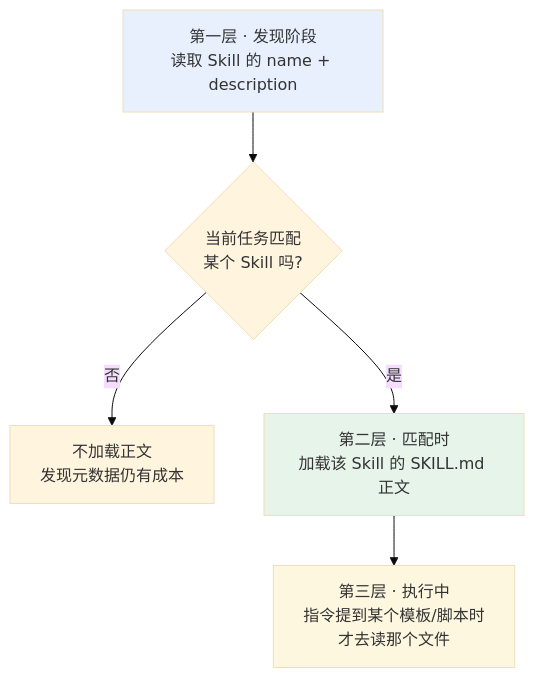
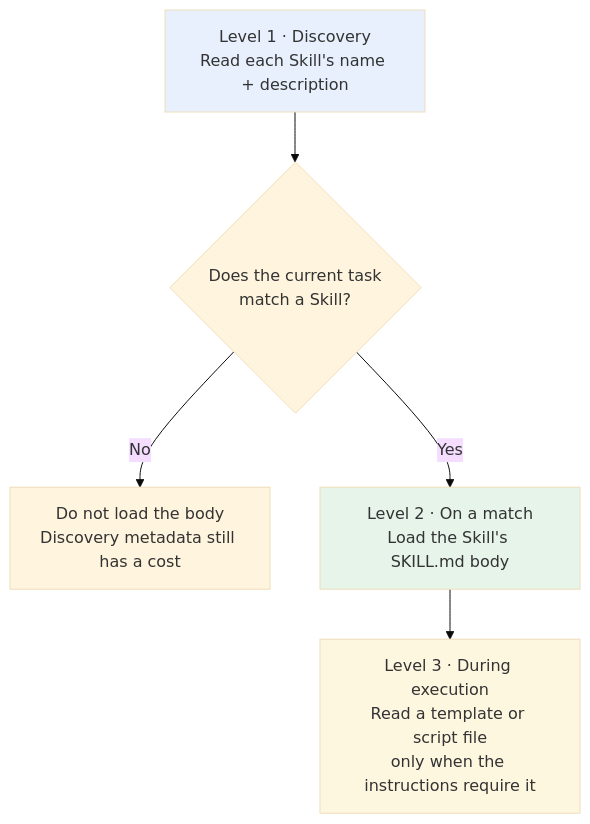
Before and after one commit to oneleaveknowsthefall/awesome-ai-roadmap: the first of 2 diagrams in docs/tools/03-skills/08-what-is-skill.md, drawn with Mermaid (base theme). The commit also changed other lines of this file and 42 other files, not shown here.

````diff
--- a/docs/tools/03-skills/08-what-is-skill.md
+++ b/docs/tools/03-skills/08-what-is-skill.md
@@ -78,12 +80,12 @@
 ```mermaid
 flowchart TB
-    L1["第一层 · 发现阶段<br/>读取 Skill 的 name + description"]
-    L1 --> Q{"当前任务匹配<br/>某个 Skill 吗?"}
-    Q -->|否| SKIP["不加载正文<br/>发现元数据仍有成本"]
-    Q -->|是| L2["第二层 · 匹配时<br/>加载该 Skill 的 SKILL.md 正文"]
-    L2 --> L3["第三层 · 执行中<br/>指令提到某个模板/脚本时<br/>才去读那个文件"]
+    L1["Level 1 · Discovery<br/>Read each Skill's name + description"]
+    L1 --> Q{"Does the current task<br/>match a Skill?"}
+    Q -->|No| SKIP["Do not load the body<br/>Discovery metadata still has a cost"]
+    Q -->|Yes| L2["Level 2 · On a match<br/>Load the Skill's SKILL.md body"]
+    L2 --> L3["Level 3 · During execution<br/>Read a template or script file<br/>only when the instructions require it"]
 
     style L1 fill:#e8f0fe
     style L2 fill:#e6f4ea
     style L3 fill:#fef7e0
 ```
````
